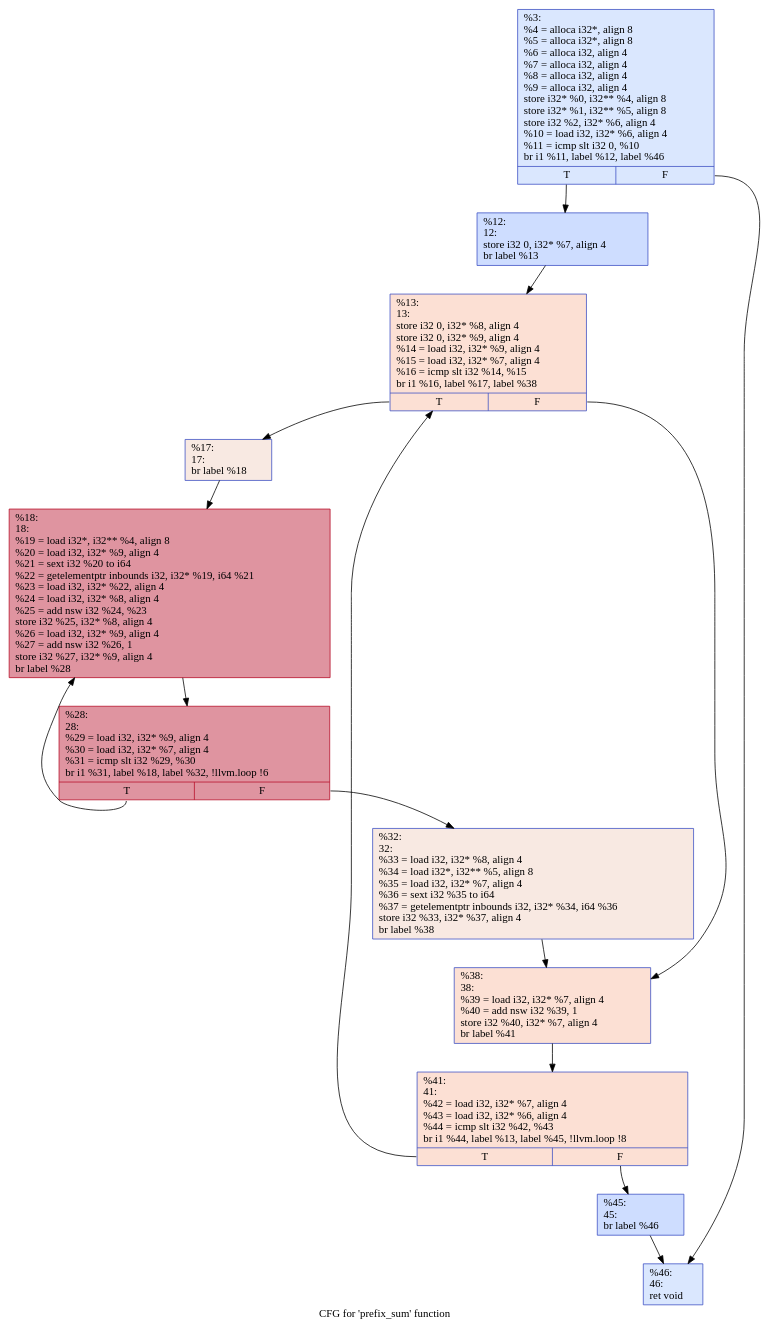
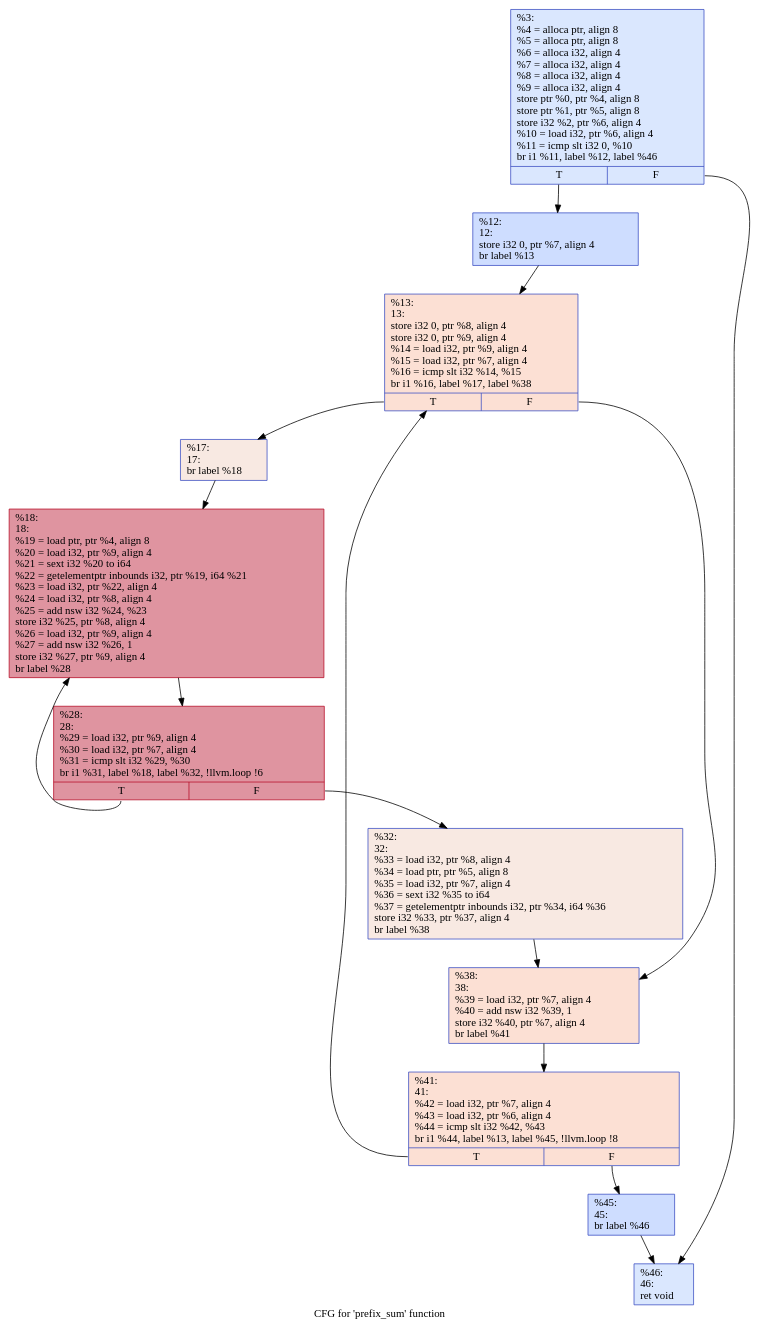
The diagram in src/Theory/week09/.prefix_sum.dot (LuisFelipePoma/Compilers_Theory), drawn with Graphviz before and after one commit. The commit also changed 121 other files, not shown here.

```diff
--- a/src/Theory/week09/.prefix_sum.dot
+++ b/src/Theory/week09/.prefix_sum.dot
@@ -1,29 +1,29 @@
 digraph "CFG for 'prefix_sum' function" {
 	label="CFG for 'prefix_sum' function";
 
-	Node0xc6d680 [shape=record,color="#3d50c3ff", style=filled, fillcolor="#abc8fd70",label="{%3:\l  %4 = alloca i32*, align 8\l  %5 = alloca i32*, align 8\l  %6 = alloca i32, align 4\l  %7 = alloca i32, align 4\l  %8 = alloca i32, align 4\l  %9 = alloca i32, align 4\l  store i32* %0, i32** %4, align 8\l  store i32* %1, i32** %5, align 8\l  store i32 %2, i32* %6, align 4\l  %10 = load i32, i32* %6, align 4\l  %11 = icmp slt i32 0, %10\l  br i1 %11, label %12, label %46\l|{<s0>T|<s1>F}}"];
-	Node0xc6d680:s0 -> Node0xc6ddc0;
-	Node0xc6d680:s1 -> Node0xc6e0b0;
-	Node0xc6ddc0 [shape=record,color="#3d50c3ff", style=filled, fillcolor="#8fb1fe70",label="{%12:\l12:                                               \l  store i32 0, i32* %7, align 4\l  br label %13\l}"];
-	Node0xc6ddc0 -> Node0xc6e1f0;
-	Node0xc6e1f0 [shape=record,color="#3d50c3ff", style=filled, fillcolor="#f7b99e70",label="{%13:\l13:                                               \l  store i32 0, i32* %8, align 4\l  store i32 0, i32* %9, align 4\l  %14 = load i32, i32* %9, align 4\l  %15 = load i32, i32* %7, align 4\l  %16 = icmp slt i32 %14, %15\l  br i1 %16, label %17, label %38\l|{<s0>T|<s1>F}}"];
-	Node0xc6e1f0:s0 -> Node0xc6e540;
-	Node0xc6e1f0:s1 -> Node0xc6e590;
-	Node0xc6e540 [shape=record,color="#3d50c3ff", style=filled, fillcolor="#efcebd70",label="{%17:\l17:                                               \l  br label %18\l}"];
-	Node0xc6e540 -> Node0xc6e6d0;
-	Node0xc6e6d0 [shape=record,color="#b70d28ff", style=filled, fillcolor="#b70d2870",label="{%18:\l18:                                               \l  %19 = load i32*, i32** %4, align 8\l  %20 = load i32, i32* %9, align 4\l  %21 = sext i32 %20 to i64\l  %22 = getelementptr inbounds i32, i32* %19, i64 %21\l  %23 = load i32, i32* %22, align 4\l  %24 = load i32, i32* %8, align 4\l  %25 = add nsw i32 %24, %23\l  store i32 %25, i32* %8, align 4\l  %26 = load i32, i32* %9, align 4\l  %27 = add nsw i32 %26, 1\l  store i32 %27, i32* %9, align 4\l  br label %28\l}"];
-	Node0xc6e6d0 -> Node0xc6ec80;
-	Node0xc6ec80 [shape=record,color="#b70d28ff", style=filled, fillcolor="#b70d2870",label="{%28:\l28:                                               \l  %29 = load i32, i32* %9, align 4\l  %30 = load i32, i32* %7, align 4\l  %31 = icmp slt i32 %29, %30\l  br i1 %31, label %18, label %32, !llvm.loop !6\l|{<s0>T|<s1>F}}"];
-	Node0xc6ec80:s0 -> Node0xc6e6d0;
-	Node0xc6ec80:s1 -> Node0xc6eeb0;
-	Node0xc6eeb0 [shape=record,color="#3d50c3ff", style=filled, fillcolor="#efcebd70",label="{%32:\l32:                                               \l  %33 = load i32, i32* %8, align 4\l  %34 = load i32*, i32** %5, align 8\l  %35 = load i32, i32* %7, align 4\l  %36 = sext i32 %35 to i64\l  %37 = getelementptr inbounds i32, i32* %34, i64 %36\l  store i32 %33, i32* %37, align 4\l  br label %38\l}"];
-	Node0xc6eeb0 -> Node0xc6e590;
-	Node0xc6e590 [shape=record,color="#3d50c3ff", style=filled, fillcolor="#f7b99e70",label="{%38:\l38:                                               \l  %39 = load i32, i32* %7, align 4\l  %40 = add nsw i32 %39, 1\l  store i32 %40, i32* %7, align 4\l  br label %41\l}"];
-	Node0xc6e590 -> Node0xc701c0;
-	Node0xc701c0 [shape=record,color="#3d50c3ff", style=filled, fillcolor="#f7b99e70",label="{%41:\l41:                                               \l  %42 = load i32, i32* %7, align 4\l  %43 = load i32, i32* %6, align 4\l  %44 = icmp slt i32 %42, %43\l  br i1 %44, label %13, label %45, !llvm.loop !8\l|{<s0>T|<s1>F}}"];
-	Node0xc701c0:s0 -> Node0xc6e1f0;
-	Node0xc701c0:s1 -> Node0xc703f0;
-	Node0xc703f0 [shape=record,color="#3d50c3ff", style=filled, fillcolor="#8fb1fe70",label="{%45:\l45:                                               \l  br label %46\l}"];
-	Node0xc703f0 -> Node0xc6e0b0;
-	Node0xc6e0b0 [shape=record,color="#3d50c3ff", style=filled, fillcolor="#abc8fd70",label="{%46:\l46:                                               \l  ret void\l}"];
+	Node0x555c49071cb0 [shape=record,color="#3d50c3ff", style=filled, fillcolor="#abc8fd70",label="{%3:\l  %4 = alloca ptr, align 8\l  %5 = alloca ptr, align 8\l  %6 = alloca i32, align 4\l  %7 = alloca i32, align 4\l  %8 = alloca i32, align 4\l  %9 = alloca i32, align 4\l  store ptr %0, ptr %4, align 8\l  store ptr %1, ptr %5, align 8\l  store i32 %2, ptr %6, align 4\l  %10 = load i32, ptr %6, align 4\l  %11 = icmp slt i32 0, %10\l  br i1 %11, label %12, label %46\l|{<s0>T|<s1>F}}"];
+	Node0x555c49071cb0:s0 -> Node0x555c49073a70;
+	Node0x555c49071cb0:s1 -> Node0x555c49073d60;
+	Node0x555c49073a70 [shape=record,color="#3d50c3ff", style=filled, fillcolor="#8fb1fe70",label="{%12:\l12:                                               \l  store i32 0, ptr %7, align 4\l  br label %13\l}"];
+	Node0x555c49073a70 -> Node0x555c49073ea0;
+	Node0x555c49073ea0 [shape=record,color="#3d50c3ff", style=filled, fillcolor="#f7b99e70",label="{%13:\l13:                                               \l  store i32 0, ptr %8, align 4\l  store i32 0, ptr %9, align 4\l  %14 = load i32, ptr %9, align 4\l  %15 = load i32, ptr %7, align 4\l  %16 = icmp slt i32 %14, %15\l  br i1 %16, label %17, label %38\l|{<s0>T|<s1>F}}"];
+	Node0x555c49073ea0:s0 -> Node0x555c490741f0;
+	Node0x555c49073ea0:s1 -> Node0x555c49074240;
+	Node0x555c490741f0 [shape=record,color="#3d50c3ff", style=filled, fillcolor="#efcebd70",label="{%17:\l17:                                               \l  br label %18\l}"];
+	Node0x555c490741f0 -> Node0x555c49074380;
+	Node0x555c49074380 [shape=record,color="#b70d28ff", style=filled, fillcolor="#b70d2870",label="{%18:\l18:                                               \l  %19 = load ptr, ptr %4, align 8\l  %20 = load i32, ptr %9, align 4\l  %21 = sext i32 %20 to i64\l  %22 = getelementptr inbounds i32, ptr %19, i64 %21\l  %23 = load i32, ptr %22, align 4\l  %24 = load i32, ptr %8, align 4\l  %25 = add nsw i32 %24, %23\l  store i32 %25, ptr %8, align 4\l  %26 = load i32, ptr %9, align 4\l  %27 = add nsw i32 %26, 1\l  store i32 %27, ptr %9, align 4\l  br label %28\l}"];
+	Node0x555c49074380 -> Node0x555c49074930;
+	Node0x555c49074930 [shape=record,color="#b70d28ff", style=filled, fillcolor="#b70d2870",label="{%28:\l28:                                               \l  %29 = load i32, ptr %9, align 4\l  %30 = load i32, ptr %7, align 4\l  %31 = icmp slt i32 %29, %30\l  br i1 %31, label %18, label %32, !llvm.loop !6\l|{<s0>T|<s1>F}}"];
+	Node0x555c49074930:s0 -> Node0x555c49074380;
+	Node0x555c49074930:s1 -> Node0x555c49074b60;
+	Node0x555c49074b60 [shape=record,color="#3d50c3ff", style=filled, fillcolor="#efcebd70",label="{%32:\l32:                                               \l  %33 = load i32, ptr %8, align 4\l  %34 = load ptr, ptr %5, align 8\l  %35 = load i32, ptr %7, align 4\l  %36 = sext i32 %35 to i64\l  %37 = getelementptr inbounds i32, ptr %34, i64 %36\l  store i32 %33, ptr %37, align 4\l  br label %38\l}"];
+	Node0x555c49074b60 -> Node0x555c49074240;
+	Node0x555c49074240 [shape=record,color="#3d50c3ff", style=filled, fillcolor="#f7b99e70",label="{%38:\l38:                                               \l  %39 = load i32, ptr %7, align 4\l  %40 = add nsw i32 %39, 1\l  store i32 %40, ptr %7, align 4\l  br label %41\l}"];
+	Node0x555c49074240 -> Node0x555c49075eb0;
+	Node0x555c49075eb0 [shape=record,color="#3d50c3ff", style=filled, fillcolor="#f7b99e70",label="{%41:\l41:                                               \l  %42 = load i32, ptr %7, align 4\l  %43 = load i32, ptr %6, align 4\l  %44 = icmp slt i32 %42, %43\l  br i1 %44, label %13, label %45, !llvm.loop !8\l|{<s0>T|<s1>F}}"];
+	Node0x555c49075eb0:s0 -> Node0x555c49073ea0;
+	Node0x555c49075eb0:s1 -> Node0x555c490760e0;
+	Node0x555c490760e0 [shape=record,color="#3d50c3ff", style=filled, fillcolor="#8fb1fe70",label="{%45:\l45:                                               \l  br label %46\l}"];
+	Node0x555c490760e0 -> Node0x555c49073d60;
+	Node0x555c49073d60 [shape=record,color="#3d50c3ff", style=filled, fillcolor="#abc8fd70",label="{%46:\l46:                                               \l  ret void\l}"];
 }
```
